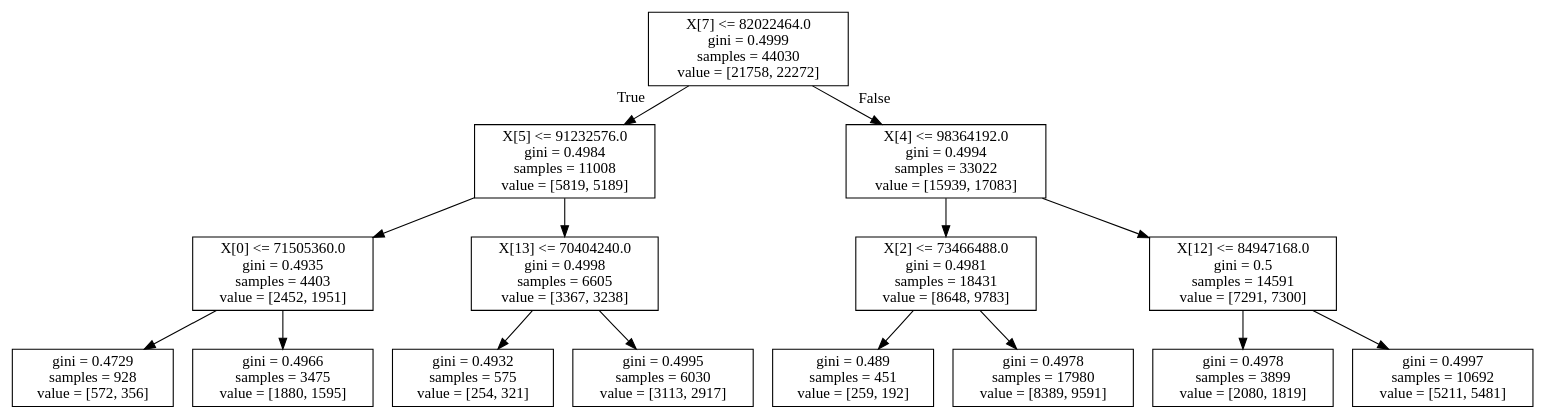
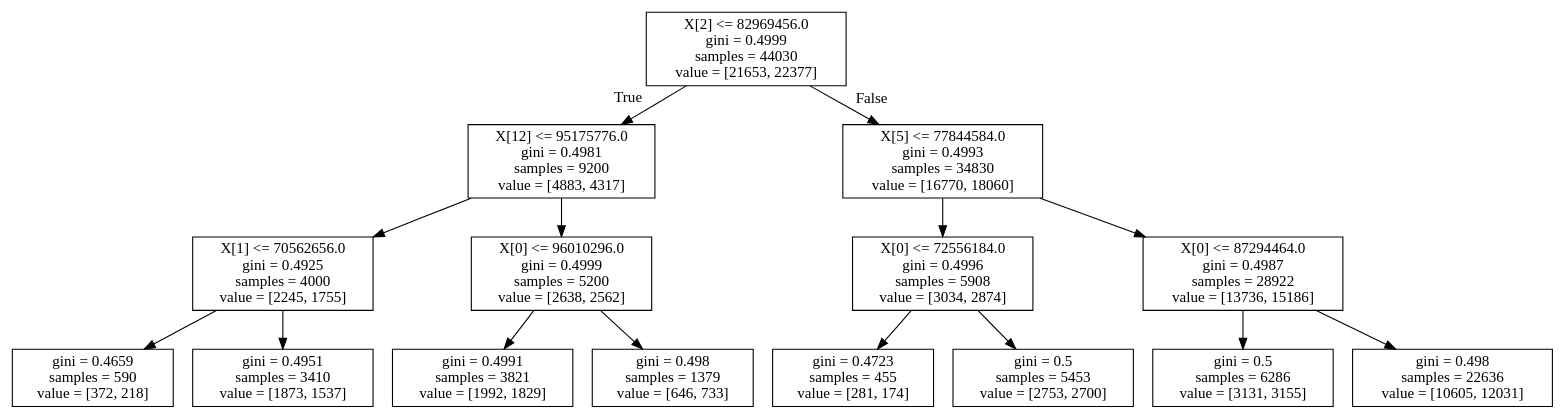
One commit to maupardh/Numerai changed the diagram in ClassificationTrees/singleClassifTreeWithDepth3.dot. Above: the diagram before and after it, drawn with Graphviz. The commit also changed 31 other files, not shown here.

```diff
--- a/ClassificationTrees/singleClassifTreeWithDepth3.dot
+++ b/ClassificationTrees/singleClassifTreeWithDepth3.dot
@@ -1,32 +1,32 @@
 digraph Tree {
 node [shape=box] ;
-0 [label="X[7] <= 82022464.0\ngini = 0.4999\nsamples = 44030\nvalue = [21758, 22272]"] ;
-1 [label="X[5] <= 91232576.0\ngini = 0.4984\nsamples = 11008\nvalue = [5819, 5189]"] ;
+0 [label="X[2] <= 82969456.0\ngini = 0.4999\nsamples = 44030\nvalue = [21653, 22377]"] ;
+1 [label="X[12] <= 95175776.0\ngini = 0.4981\nsamples = 9200\nvalue = [4883, 4317]"] ;
 0 -> 1 [labeldistance=2.5, labelangle=45, headlabel="True"] ;
-2 [label="X[0] <= 71505360.0\ngini = 0.4935\nsamples = 4403\nvalue = [2452, 1951]"] ;
+2 [label="X[1] <= 70562656.0\ngini = 0.4925\nsamples = 4000\nvalue = [2245, 1755]"] ;
 1 -> 2 ;
-3 [label="gini = 0.4729\nsamples = 928\nvalue = [572, 356]"] ;
+3 [label="gini = 0.4659\nsamples = 590\nvalue = [372, 218]"] ;
 2 -> 3 ;
-4 [label="gini = 0.4966\nsamples = 3475\nvalue = [1880, 1595]"] ;
+4 [label="gini = 0.4951\nsamples = 3410\nvalue = [1873, 1537]"] ;
 2 -> 4 ;
-5 [label="X[13] <= 70404240.0\ngini = 0.4998\nsamples = 6605\nvalue = [3367, 3238]"] ;
+5 [label="X[0] <= 96010296.0\ngini = 0.4999\nsamples = 5200\nvalue = [2638, 2562]"] ;
 1 -> 5 ;
-6 [label="gini = 0.4932\nsamples = 575\nvalue = [254, 321]"] ;
+6 [label="gini = 0.4991\nsamples = 3821\nvalue = [1992, 1829]"] ;
 5 -> 6 ;
-7 [label="gini = 0.4995\nsamples = 6030\nvalue = [3113, 2917]"] ;
+7 [label="gini = 0.498\nsamples = 1379\nvalue = [646, 733]"] ;
 5 -> 7 ;
-8 [label="X[4] <= 98364192.0\ngini = 0.4994\nsamples = 33022\nvalue = [15939, 17083]"] ;
+8 [label="X[5] <= 77844584.0\ngini = 0.4993\nsamples = 34830\nvalue = [16770, 18060]"] ;
 0 -> 8 [labeldistance=2.5, labelangle=-45, headlabel="False"] ;
-9 [label="X[2] <= 73466488.0\ngini = 0.4981\nsamples = 18431\nvalue = [8648, 9783]"] ;
+9 [label="X[0] <= 72556184.0\ngini = 0.4996\nsamples = 5908\nvalue = [3034, 2874]"] ;
 8 -> 9 ;
-10 [label="gini = 0.489\nsamples = 451\nvalue = [259, 192]"] ;
+10 [label="gini = 0.4723\nsamples = 455\nvalue = [281, 174]"] ;
 9 -> 10 ;
-11 [label="gini = 0.4978\nsamples = 17980\nvalue = [8389, 9591]"] ;
+11 [label="gini = 0.5\nsamples = 5453\nvalue = [2753, 2700]"] ;
 9 -> 11 ;
-12 [label="X[12] <= 84947168.0\ngini = 0.5\nsamples = 14591\nvalue = [7291, 7300]"] ;
+12 [label="X[0] <= 87294464.0\ngini = 0.4987\nsamples = 28922\nvalue = [13736, 15186]"] ;
 8 -> 12 ;
-13 [label="gini = 0.4978\nsamples = 3899\nvalue = [2080, 1819]"] ;
+13 [label="gini = 0.5\nsamples = 6286\nvalue = [3131, 3155]"] ;
 12 -> 13 ;
-14 [label="gini = 0.4997\nsamples = 10692\nvalue = [5211, 5481]"] ;
+14 [label="gini = 0.498\nsamples = 22636\nvalue = [10605, 12031]"] ;
 12 -> 14 ;
 }
```
